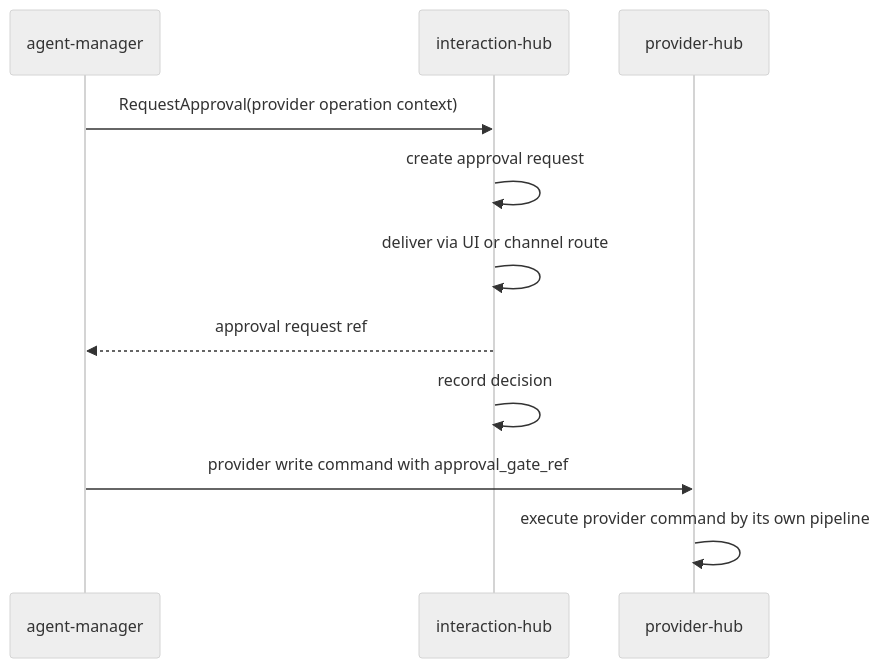
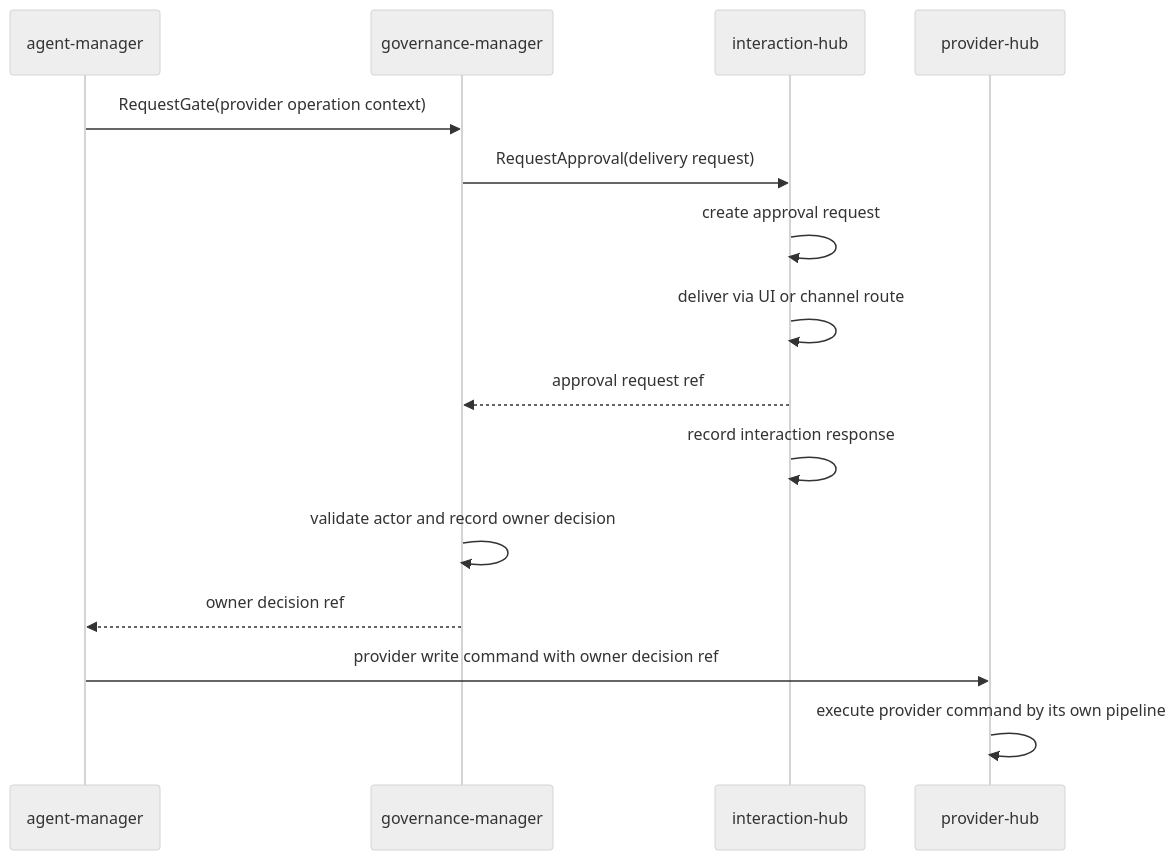
Before and after one commit to codex-k8s/kodex: the second of 4 diagrams in docs/domains/interaction-hub/architecture/design.md, drawn with Mermaid (neutral theme). The commit also changed other lines of this file and 18 other files, not shown here.

````diff
--- a/docs/domains/interaction-hub/architecture/design.md
+++ b/docs/domains/interaction-hub/architecture/design.md
@@ -112,13 +112,17 @@
 ```mermaid
 sequenceDiagram
   participant AM as agent-manager
+  participant GOV as governance-manager
   participant IH as interaction-hub
   participant PH as provider-hub
-  AM->>IH: RequestApproval(provider operation context)
+  AM->>GOV: RequestGate(provider operation context)
+  GOV->>IH: RequestApproval(delivery request)
   IH->>IH: create approval request
   IH->>IH: deliver via UI or channel route
-  IH-->>AM: approval request ref
-  IH->>IH: record decision
-  AM->>PH: provider write command with approval_gate_ref
+  IH-->>GOV: approval request ref
+  IH->>IH: record interaction response
+  GOV->>GOV: validate actor and record owner decision
+  GOV-->>AM: owner decision ref
+  AM->>PH: provider write command with owner decision ref
   PH->>PH: execute provider command by its own pipeline
 ```
````
